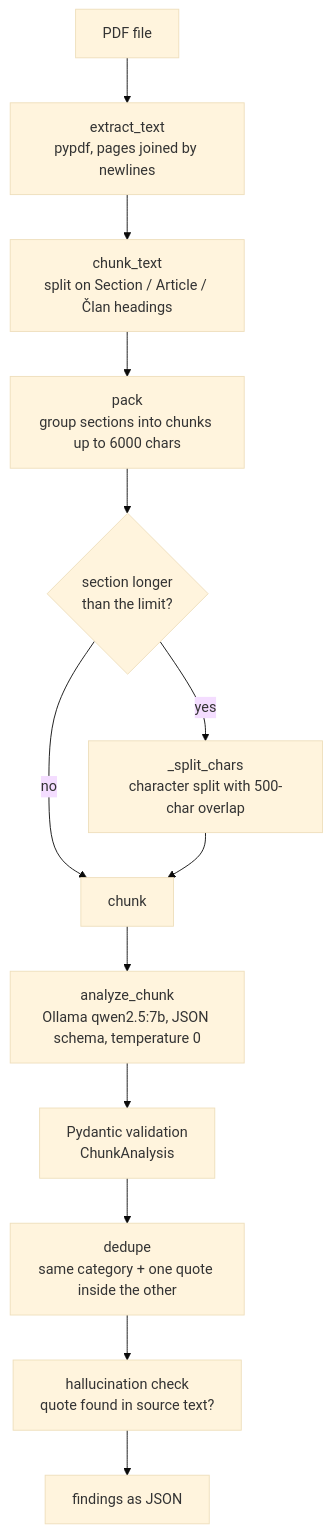
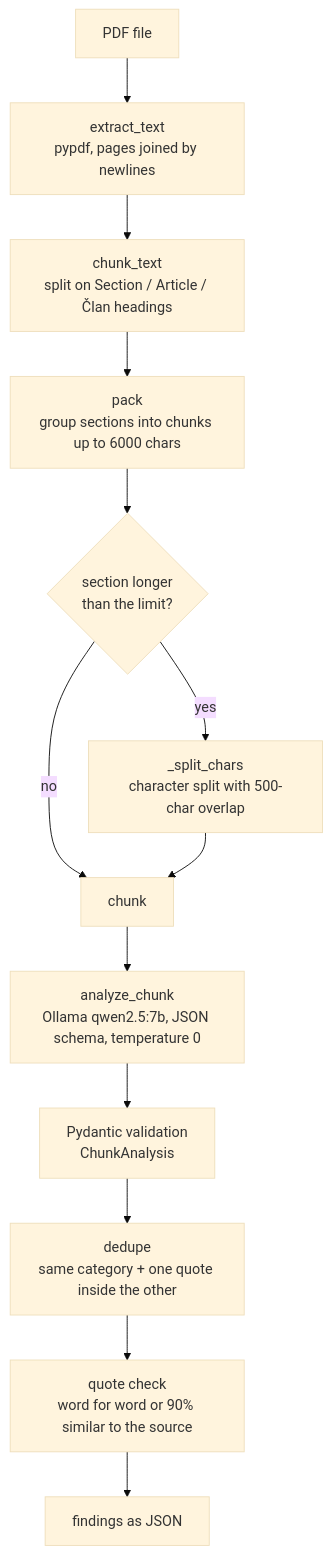
Before and after one commit to zoki8/ai-contract-analyzer: the first of 4 diagrams in README.md, drawn with Mermaid (base theme). The commit also changed other lines of this file, not shown here.

````diff
--- a/README.md
+++ b/README.md
@@ -69,15 +121,15 @@
 ```mermaid
 flowchart TD
     A[PDF file] --> B[extract_text<br/>pypdf, pages joined by newlines]
     B --> C[chunk_text<br/>split on Section / Article / Član headings]
     C --> D[pack<br/>group sections into chunks up to 6000 chars]
     D --> E{section longer<br/>than the limit?}
     E -- yes --> F[_split_chars<br/>character split with 500-char overlap]
     E -- no --> G[chunk]
     F --> G
     G --> H[analyze_chunk<br/>Ollama qwen2.5:7b, JSON schema, temperature 0]
     H --> I[Pydantic validation<br/>ChunkAnalysis]
     I --> J[dedupe<br/>same category + one quote inside the other]
-    J --> K[hallucination check<br/>quote found in source text?]
+    J --> K[quote check<br/>word for word or 90% similar to the source]
     K --> L[findings as JSON]
 ```
````
